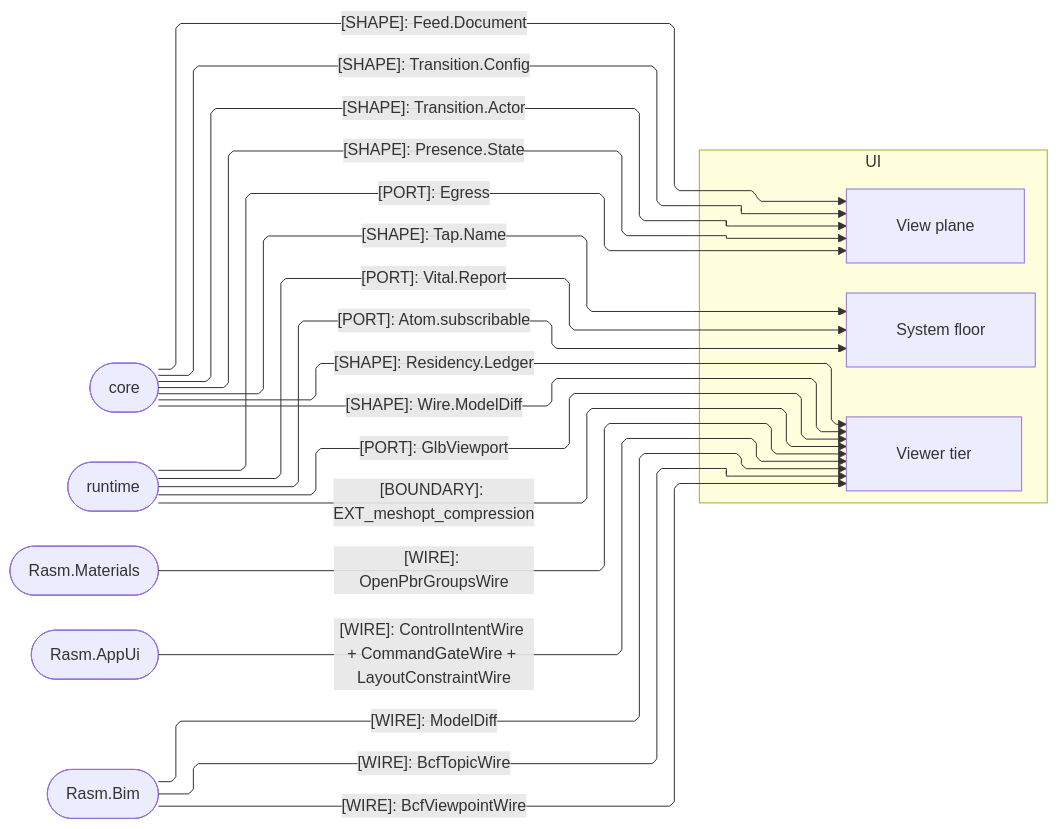
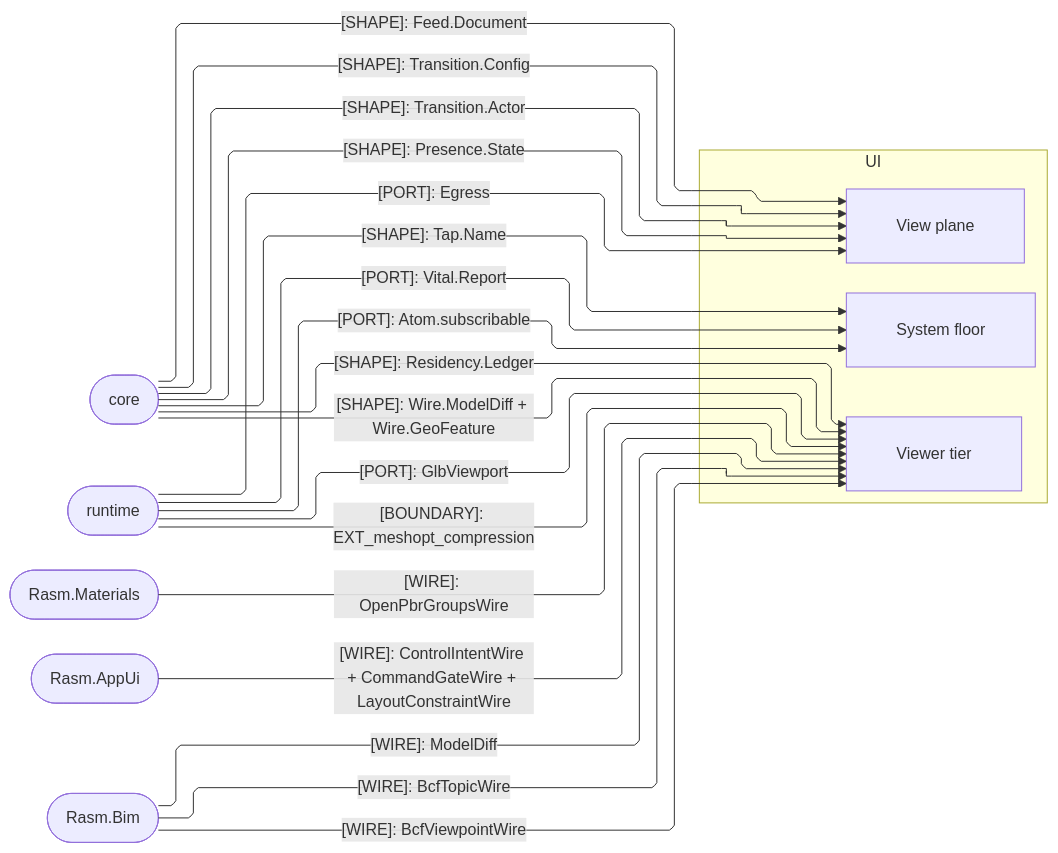
Before and after one commit to bsamiee/Rasm: the second of 3 diagrams in libs/typescript/ui/ARCHITECTURE.md, drawn with Mermaid. The commit also changed 56 other files, not shown here.

````diff
--- a/libs/typescript/ui/ARCHITECTURE.md
+++ b/libs/typescript/ui/ARCHITECTURE.md
@@ -103,39 +103,39 @@
 ```mermaid
 ---
 config:
   layout: elk
   flowchart:
     curve: linear
     padding: 25
 ---
 flowchart LR
     accTitle: UI package seam registry
     accDescr: Which value, wire, port, and receipt contracts cross between the ui owners and their core, runtime, and C# counterparts.
     subgraph ui[UI]
         System[System floor]
         View[View plane]
         Viewer[Viewer tier]
     end
     Core([core])
     Runtime([runtime])
     Materials([Rasm.Materials])
     AppUi([Rasm.AppUi])
     Bim([Rasm.Bim])
     Core e1@-->|"[SHAPE]: Feed.Document"| View
     Core e2@-->|"[SHAPE]: Transition.Config"| View
     Core e3@-->|"[SHAPE]: Transition.Actor"| View
     Core e4@-->|"[SHAPE]: Presence.State"| View
     Core e5@-->|"[SHAPE]: Residency.Ledger"| Viewer
-    Core e6@-->|"[SHAPE]: Wire.ModelDiff"| Viewer
+    Core e6@-->|"[SHAPE]: Wire.ModelDiff + Wire.GeoFeature"| Viewer
     Core e7@-->|"[SHAPE]: Tap.Name"| System
     Runtime e8@-->|"[PORT]: Atom.subscribable"| System
     Runtime e9@-->|"[PORT]: GlbViewport"| Viewer
     Runtime e10@-->|"[PORT]: Vital.Report"| System
     Runtime e11@-->|"[BOUNDARY]: EXT_meshopt_compression"| Viewer
     Runtime e12@-->|"[PORT]: Egress"| View
     Materials e13@-->|"[WIRE]: OpenPbrGroupsWire"| Viewer
     AppUi e14@-->|"[WIRE]: ControlIntentWire + CommandGateWire + LayoutConstraintWire"| Viewer
     Bim e15@-->|"[WIRE]: BcfTopicWire"| Viewer
     Bim e16@-->|"[WIRE]: BcfViewpointWire"| Viewer
     Bim e17@-->|"[WIRE]: ModelDiff"| Viewer
 ```
````
